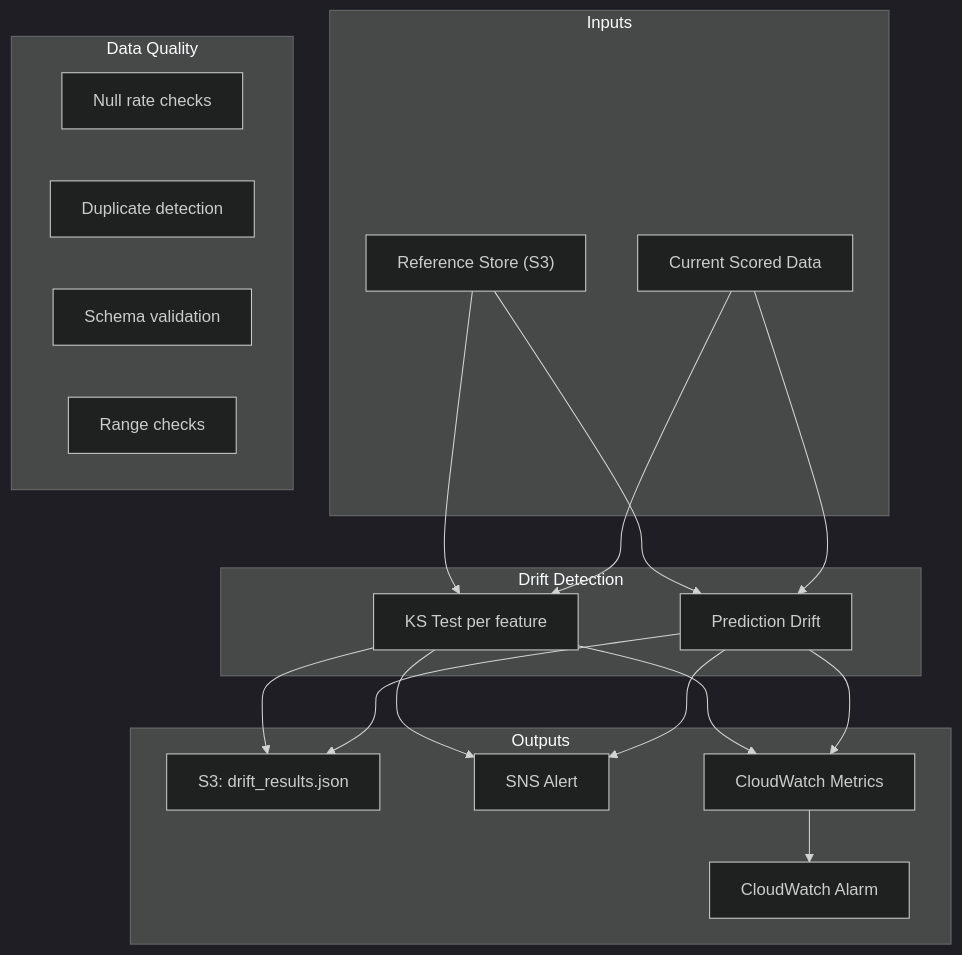
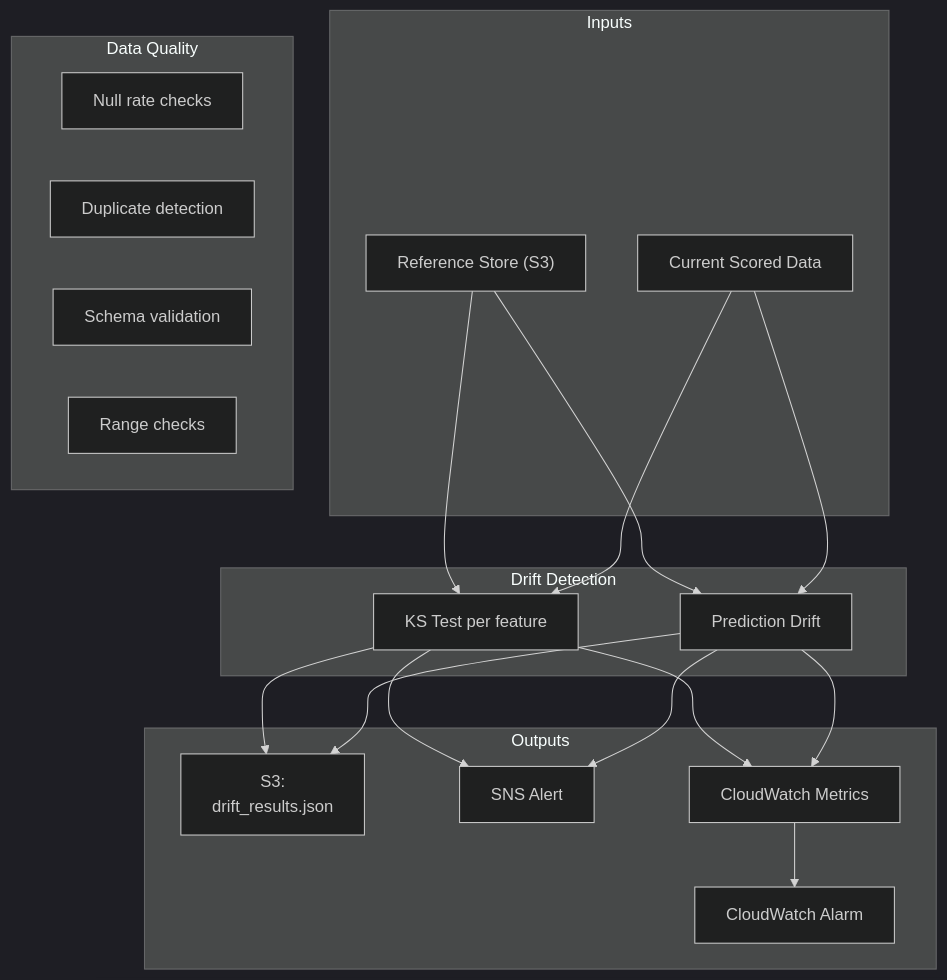
Before and after one commit to rawad-yared/bcgx-spanishgas-g1: the fifth of 8 diagrams in README.md, drawn with Mermaid (dark theme). The commit also changed other lines of this file, not shown here.

First line of the commit message:
Fix Mermaid diagram truncation and correct feature tier content

````diff
--- a/README.md
+++ b/README.md
@@ -293,31 +255,31 @@
 ```mermaid
 graph TD
     subgraph Inputs
         REF["Reference Store (S3)"]
         SCORED["Current Scored Data"]
     end
 
     subgraph Detection["Drift Detection"]
         KS["KS Test per feature"]
         PRED["Prediction Drift"]
     end
 
     subgraph Outputs
-        S3D["S3: drift_results.json"]
+        S3D["S3:<br>drift_results.json"]
         SNS_A["SNS Alert"]
         CW_M["CloudWatch Metrics"]
         CW_A["CloudWatch Alarm"]
     end
 
     subgraph Quality["Data Quality"]
         NR["Null rate checks"]
         DK["Duplicate detection"]
         SV["Schema validation"]
         RC["Range checks"]
     end
 
     REF & SCORED --> KS & PRED
     KS & PRED --> S3D
     KS & PRED --> SNS_A
     KS & PRED --> CW_M --> CW_A
 ```
````
